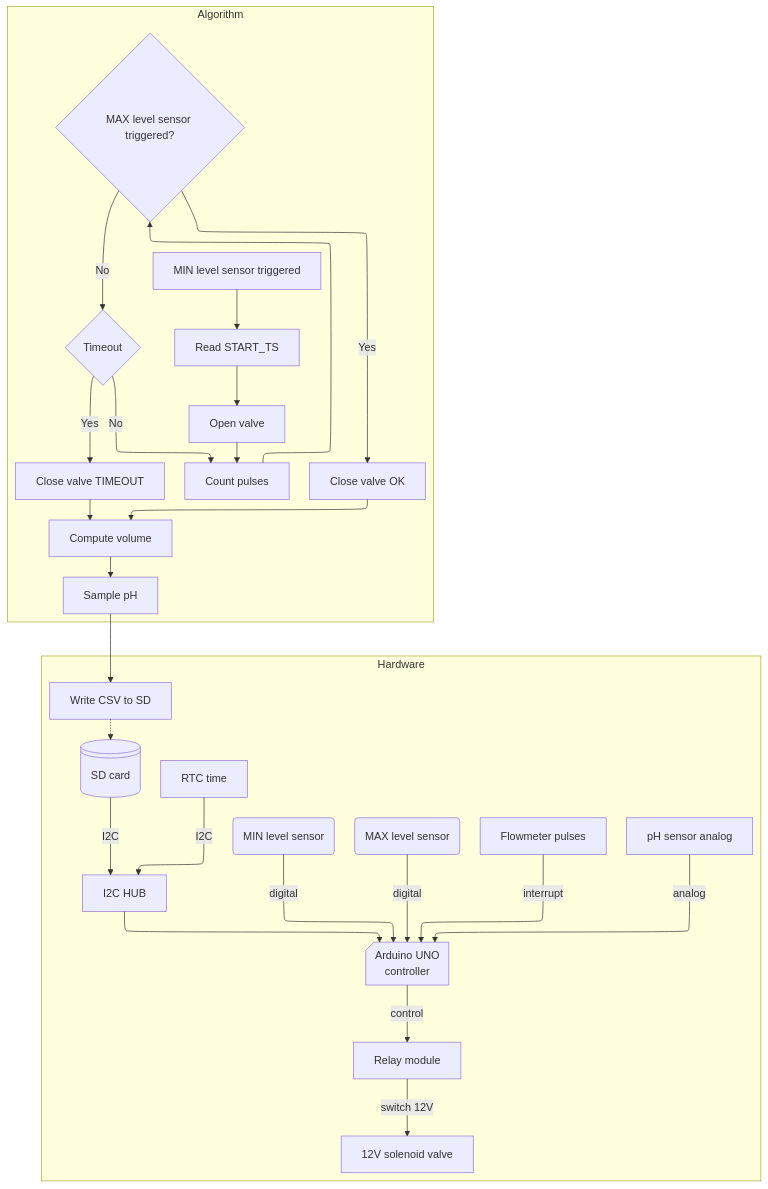
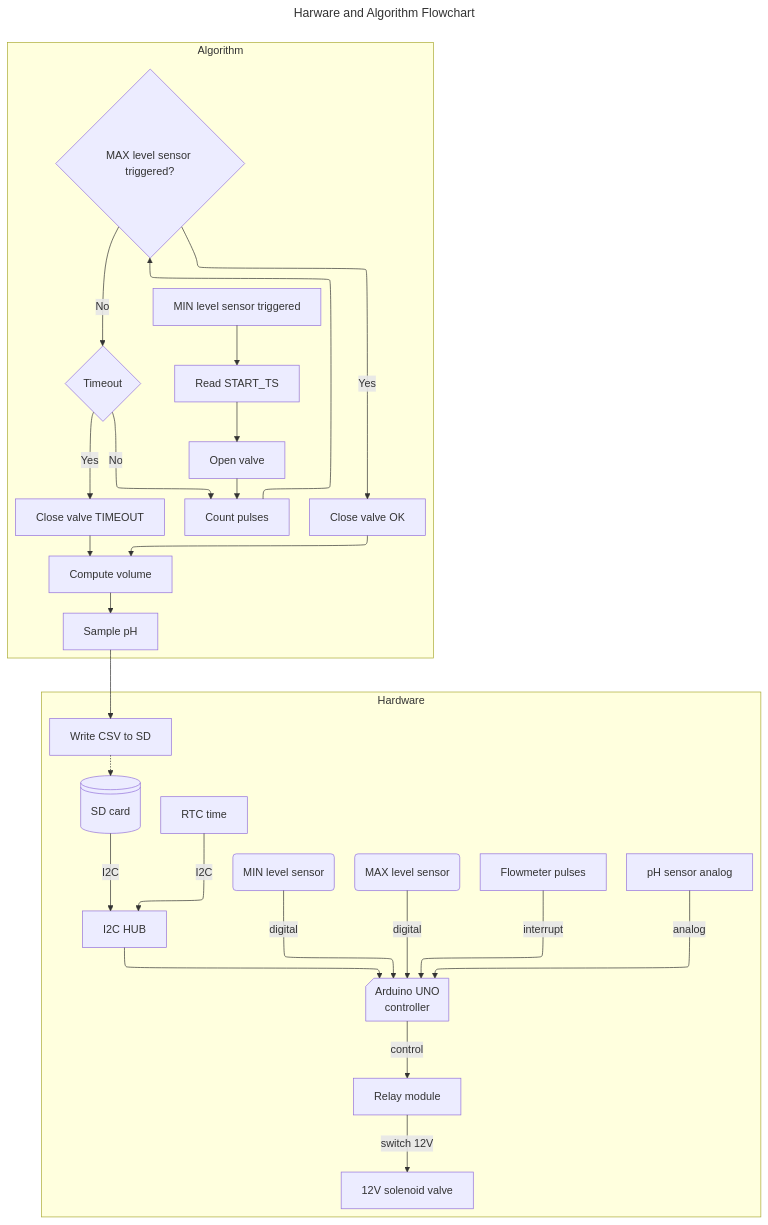
Before and after one commit to Mvil34998/Colant-automation: the diagram in Documentation/Coolant_Control_System_v2_ultra.mmd, drawn with Mermaid.

```diff
--- a/Documentation/Coolant_Control_System_v2_ultra.mmd
+++ b/Documentation/Coolant_Control_System_v2_ultra.mmd
@@ -1,61 +1,62 @@
 ---
+title: Harware and Algorithm Flowchart
 config:
   layout: elk
   elk:
     mergeEdges: true
     nodePlacementStrategy: LINEAR_SEGMENTS
 
 
 ---
 
 flowchart
 MCU@{shape: card ,label: "Arduino UNO\ncontroller"}
 HWMIN@{shape: event ,label: "MIN level sensor"}
 HWMAX@{shape: event ,label: "MAX level sensor"}
 HWSD@{shape: disk ,label: "SD card"}
 HWFLOW@{shape: ,label: "Flowmeter pulses"}
 HWPH@{shape: ,label: "pH sensor analog"}
 HWRTC@{shape: ,label: "RTC time"}
 I2C@{shape: ,label: "I2C HUB"}
 HWRELAY@{shape: ,label: "Relay module"}
 HWVALVE@{shape: ,label: "12V solenoid valve"}
     subgraph Hardware
         HWMIN -->|digital| MCU
         HWMAX -->|digital| MCU
         HWFLOW -->|interrupt| MCU
         HWPH -->|analog| MCU
         HWRTC -->|I2C|I2C
         HWSD -->|I2C| I2C
         LG8 -..-> HWSD 
         MCU -->|control| HWRELAY
         HWRELAY -->|switch 12V| HWVALVE
         I2C --> MCU
     end
 
 
 LG1@{shape: ,label: "MIN level sensor triggered"}
 LGQ1@{shape: diam ,label: "MAX level sensor triggered?"}
 LG2@{shape: ,label: "Read START_TS"}
 LG3@{shape: ,label: "Open valve"}
 LG4@{shape: ,label: "Count pulses"}
 LGQ2@{shape: diam ,label: "Timeout"}
 LGX@{shape:  ,label: "Close valve TIMEOUT"}
 LG5@{shape:  ,label: "Close valve OK"}
 LG6@{shape:  ,label: "Compute volume"}
 LG7@{shape:  ,label: "Sample pH"}
 LG8@{shape:  ,label: "Write CSV to SD"}
     subgraph Algorithm
         LG1 --> LG2
         LG2 --> LG3
         LG3 --> LG4
         LG4 --> LGQ1
         LGQ1 -- No --> LGQ2
         LGQ2 -- No --> LG4 
         LGQ2 -- Yes --> LGX
         LGQ1-- Yes --> LG5
         LG5 --> LG6
         LGX --> LG6
         LG6 --> LG7
         LG7 --> LG8
 
     end
```
